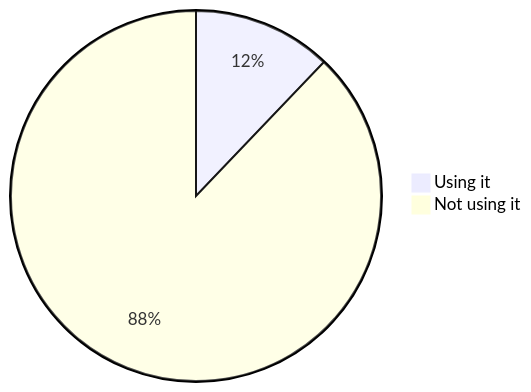
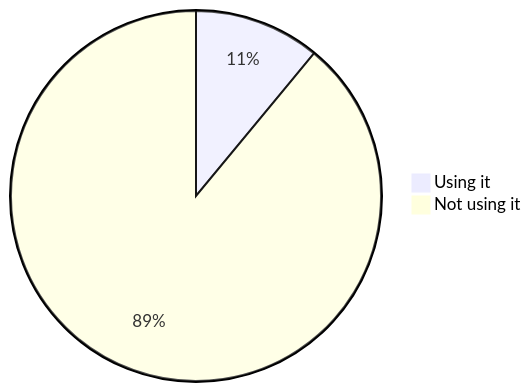
The fourth of 18 diagrams in stats.md (oshp/oshp-stats), drawn with Mermaid before and after one commit. The commit also changed other lines of this file and 1 other file, not shown here.

````diff
--- a/stats.md
+++ b/stats.md
@@ -44,6 +44,6 @@
 ```mermaid
 pie
-	"Using it" : 12.13
-	"Not using it" : 87.86
+	"Using it" : 11.0
+	"Not using it" : 89.0
 
 ```
````
